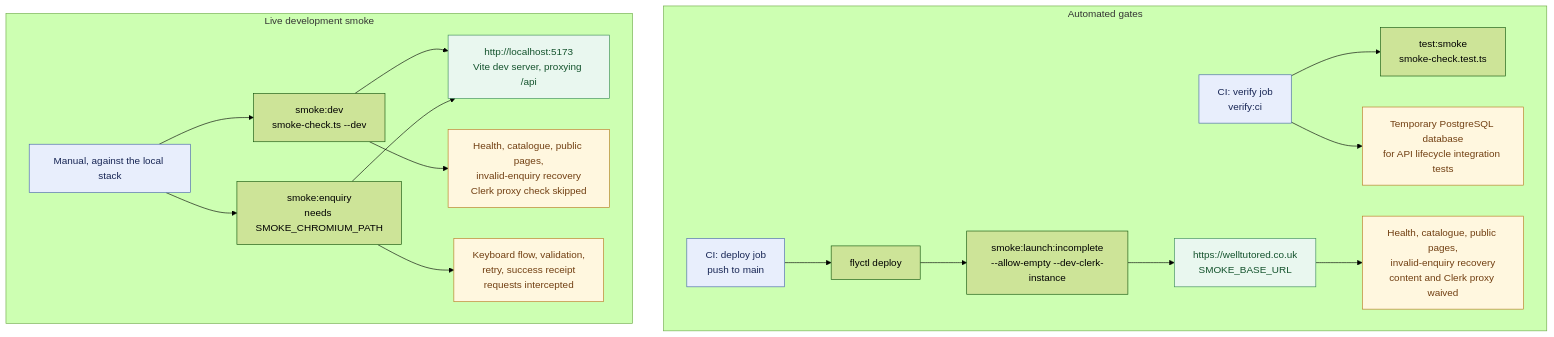
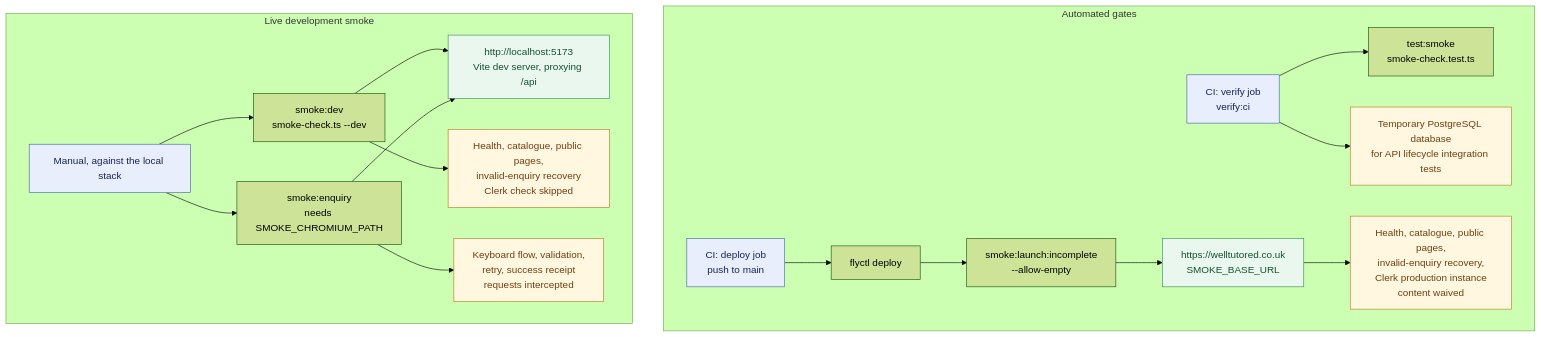
One commit to sumau/taughtbyher changed the diagram in docs/testing.md. Above: the diagram before and after it, drawn with Mermaid (forest theme). The commit also changed other lines of this file and 17 other files, not shown here.

First line of the commit message:
Move workspace sign-in to a Clerk production instance

````diff
--- a/docs/testing.md
+++ b/docs/testing.md
@@ -17,27 +17,27 @@
 ```mermaid
 flowchart TB
   subgraph automated["Automated gates"]
     ci["CI: verify job<br/>verify:ci"] --> ciHelpers["test:smoke<br/>smoke-check.test.ts"]
     ci --> ciDb["Temporary PostgreSQL database<br/>for API lifecycle integration tests"]
     deploy["CI: deploy job<br/>push to main"] --> flyDeploy["flyctl deploy"]
-    flyDeploy --> deployLaunch["smoke:launch:incomplete<br/>--allow-empty --dev-clerk-instance"]
+    flyDeploy --> deployLaunch["smoke:launch:incomplete<br/>--allow-empty"]
     deployLaunch --> deployTarget["https://welltutored.co.uk<br/>SMOKE_BASE_URL"]
-    deployTarget --> deployCoverage["Health, catalogue, public pages,<br/>invalid-enquiry recovery<br/>content and Clerk proxy waived"]
+    deployTarget --> deployCoverage["Health, catalogue, public pages,<br/>invalid-enquiry recovery,<br/>Clerk production instance<br/>content waived"]
   end
 
   subgraph development["Live development smoke"]
     manualDev["Manual, against the local stack"] --> devLaunch["smoke:dev<br/>smoke-check.ts --dev"]
     manualDev --> devBrowser["smoke:enquiry<br/>needs SMOKE_CHROMIUM_PATH"]
     devLaunch --> devTarget["http://localhost:5173<br/>Vite dev server, proxying /api"]
     devBrowser --> devTarget
-    devLaunch --> devCoverage["Health, catalogue, public pages,<br/>invalid-enquiry recovery<br/>Clerk proxy check skipped"]
+    devLaunch --> devCoverage["Health, catalogue, public pages,<br/>invalid-enquiry recovery<br/>Clerk check skipped"]
     devBrowser --> devBrowserCoverage["Keyboard flow, validation,<br/>retry, success receipt<br/>requests intercepted"]
   end
 
   classDef gate fill:#e8eefc,stroke:#4666a8,color:#172554
   classDef target fill:#e9f7ef,stroke:#3b8a5a,color:#14532d
   classDef coverage fill:#fff7df,stroke:#b7791f,color:#713f12
   class ci,deploy,manualDev gate
   class devTarget,deployTarget target
   class devCoverage,devBrowserCoverage,deployCoverage,ciDb coverage
 ```
````
